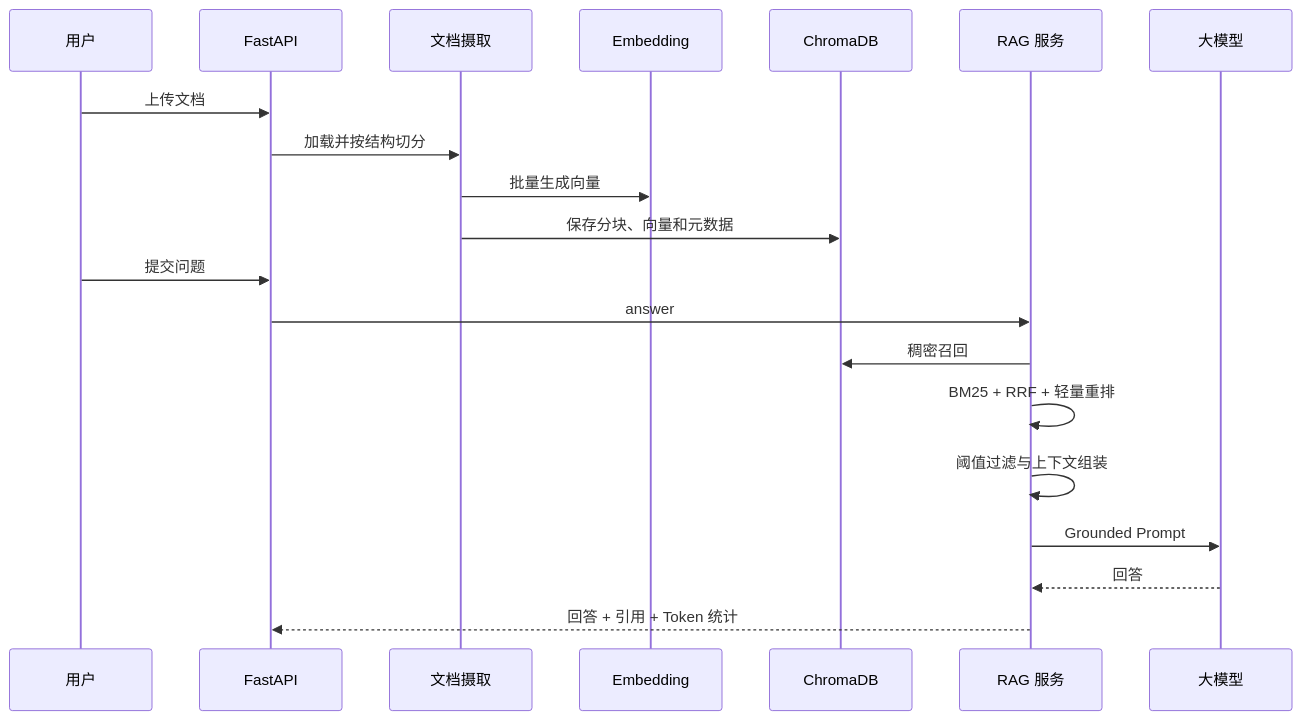
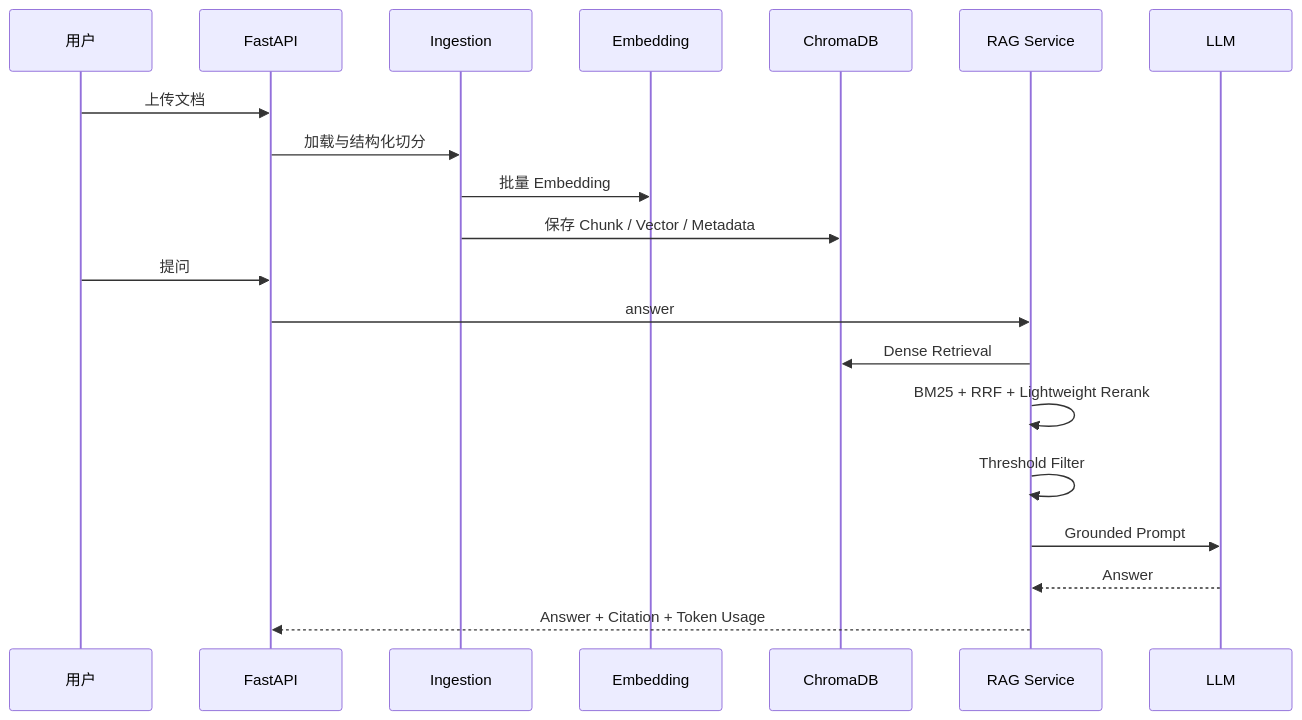
Before and after one commit to plutoczm/DataCopilot: the fourth of 8 diagrams in docs/ARCHITECTURE.md, drawn with Mermaid. The commit also changed other lines of this file, not shown here.

Commit message:
docs: align architecture with governed execution boundary

````diff
--- a/docs/ARCHITECTURE.md
+++ b/docs/ARCHITECTURE.md
@@ -90,23 +101,23 @@
 ```mermaid
 sequenceDiagram
     participant U as 用户
     participant API as FastAPI
-    participant Ingest as 文档摄取
+    participant Ingest as Ingestion
     participant Embed as Embedding
     participant Store as ChromaDB
-    participant RAG as RAG 服务
-    participant LLM as 大模型
+    participant RAG as RAG Service
+    participant LLM as LLM
 
     U->>API: 上传文档
-    API->>Ingest: 加载并按结构切分
-    Ingest->>Embed: 批量生成向量
-    Ingest->>Store: 保存分块、向量和元数据
-    U->>API: 提交问题
+    API->>Ingest: 加载与结构化切分
+    Ingest->>Embed: 批量 Embedding
+    Ingest->>Store: 保存 Chunk / Vector / Metadata
+    U->>API: 提问
     API->>RAG: answer
-    RAG->>Store: 稠密召回
-    RAG->>RAG: BM25 + RRF + 轻量重排
-    RAG->>RAG: 阈值过滤与上下文组装
+    RAG->>Store: Dense Retrieval
+    RAG->>RAG: BM25 + RRF + Lightweight Rerank
+    RAG->>RAG: Threshold Filter
     RAG->>LLM: Grounded Prompt
-    LLM-->>RAG: 回答
-    RAG-->>API: 回答 + 引用 + Token 统计
+    LLM-->>RAG: Answer
+    RAG-->>API: Answer + Citation + Token Usage
 ```
````
